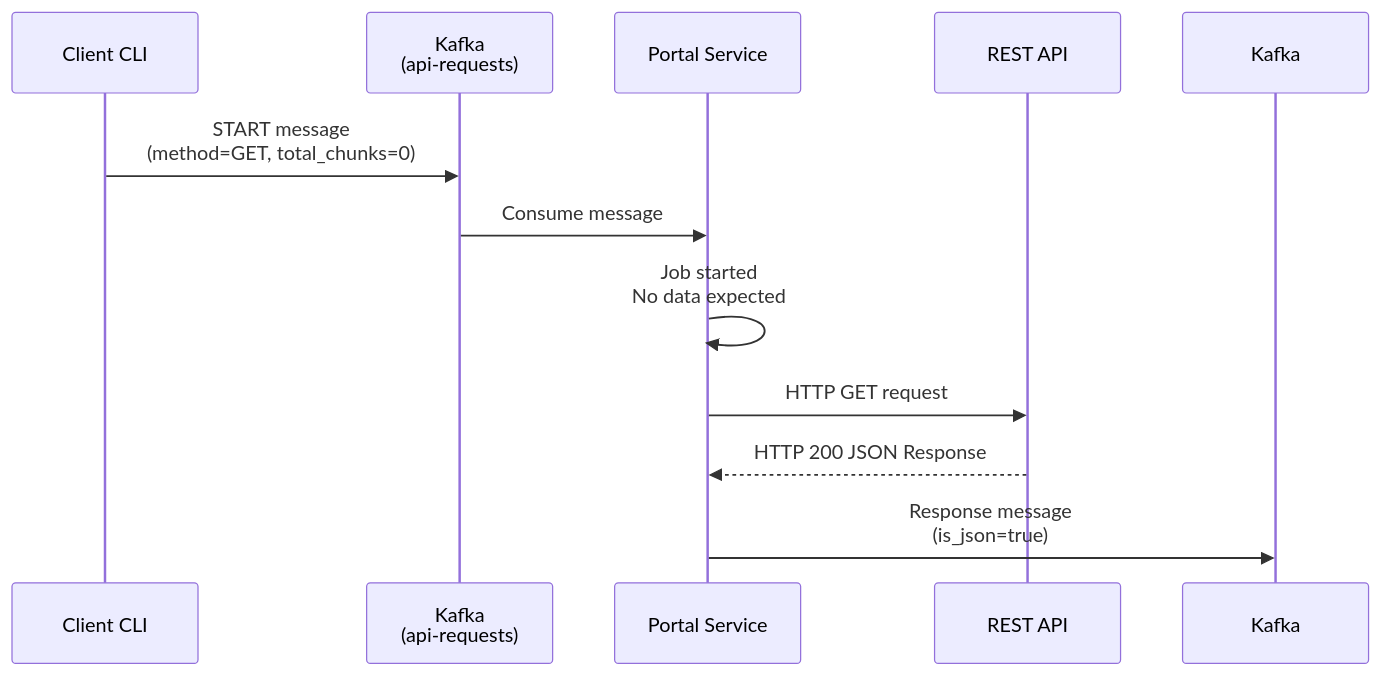
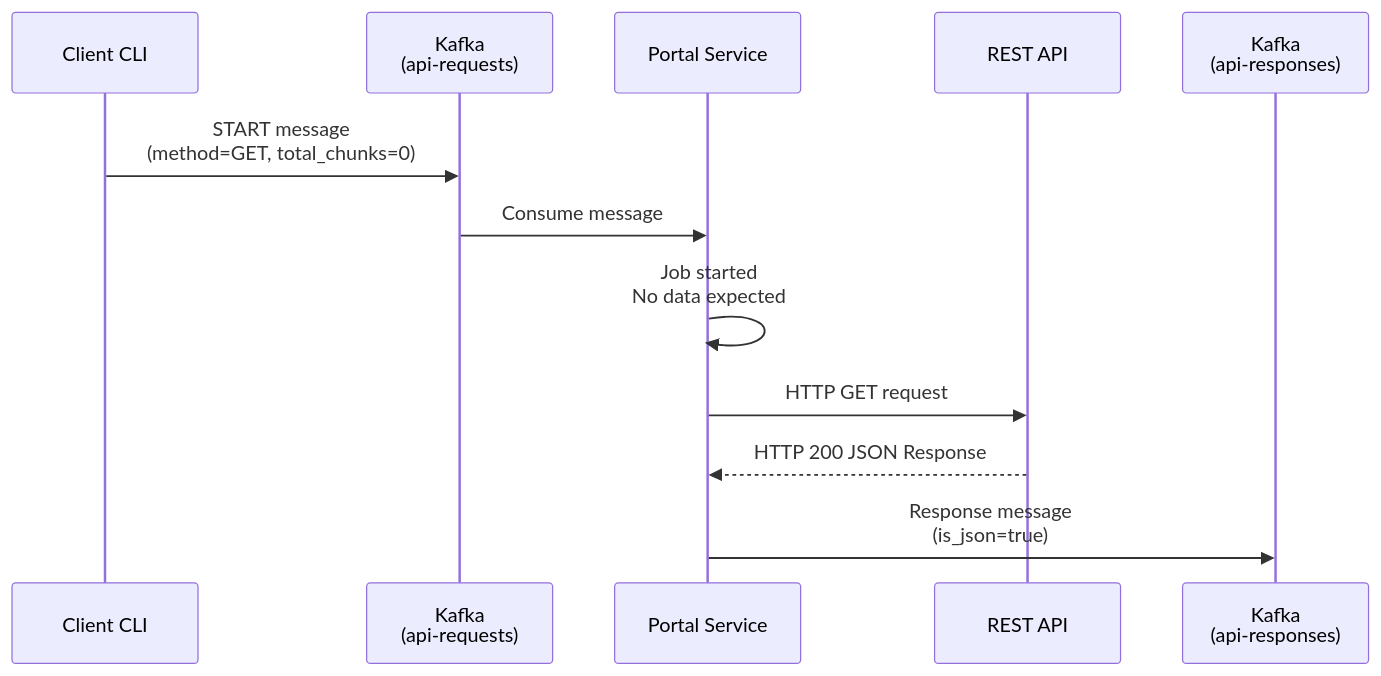
Before and after one commit to oshea00/kafkasend: the seventh of 11 diagrams in PROTOCOL.md, drawn with Mermaid. The commit also changed other lines of this file, not shown here.

Commit message:
Diagram updates

````diff
--- a/PROTOCOL.md
+++ b/PROTOCOL.md
@@ -390,14 +391,15 @@
 ```mermaid
 sequenceDiagram
     participant C as Client CLI
     participant KR as Kafka<br/>(api-requests)
     participant P as Portal Service
     participant A as REST API
+    participant KS as Kafka<br/>(api-responses)
 
     C->>KR: START message<br/>(method=GET, total_chunks=0)
     KR->>P: Consume message
     P->>P: Job started<br/>No data expected
     P->>A: HTTP GET request
     A-->>P: HTTP 200 JSON Response
-    P->>Kafka: Response message<br/>(is_json=true)
+    P->>KS: Response message<br/>(is_json=true)
 ```
````
